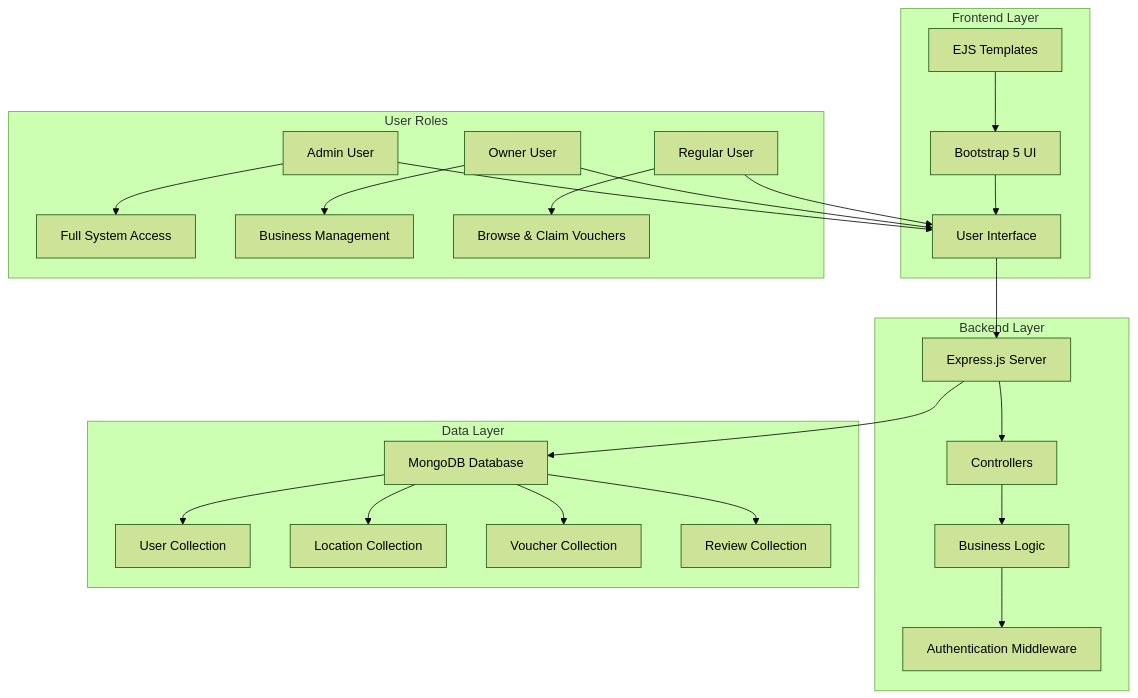
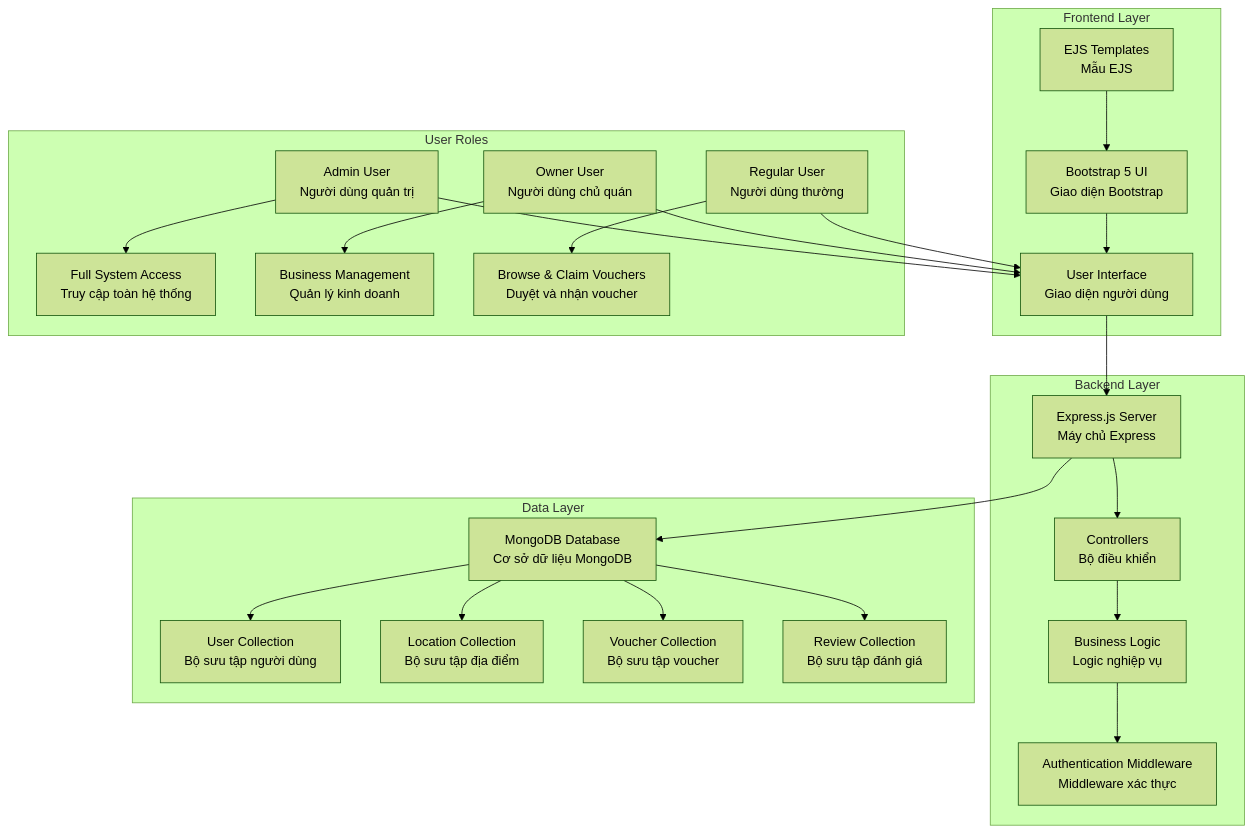
One commit to tamnguyen0K/voucher-management-system changed the first of 8 diagrams in docs/system-architecture.md. Above: the diagram before and after it, drawn with Mermaid (forest theme). The commit also changed 3 other files, not shown here.

Commit message:
Add powerful CSS override system to easily customize Bootstrap components

````diff
--- a/docs/system-architecture.md
+++ b/docs/system-architecture.md
@@ -5,32 +5,32 @@
 ```mermaid
 graph TB
     subgraph "Frontend Layer"
-        A["EJS Templates"] --> B["Bootstrap 5 UI"]
-        B --> C["User Interface"]
+        A["EJS Templates<br/>Mẫu EJS"] --> B["Bootstrap 5 UI<br/>Giao diện Bootstrap"]
+        B --> C["User Interface<br/>Giao diện người dùng"]
     end
     
     subgraph "Backend Layer"
-        D["Express.js Server"] --> E["Controllers"]
-        E --> F["Business Logic"]
-        F --> G["Authentication Middleware"]
+        D["Express.js Server<br/>Máy chủ Express"] --> E["Controllers<br/>Bộ điều khiển"]
+        E --> F["Business Logic<br/>Logic nghiệp vụ"]
+        F --> G["Authentication Middleware<br/>Middleware xác thực"]
     end
     
     subgraph "Data Layer"
-        H["MongoDB Database"] --> I["User Collection"]
-        H --> J["Location Collection"]
-        H --> K["Voucher Collection"]
-        H --> L["Review Collection"]
+        H["MongoDB Database<br/>Cơ sở dữ liệu MongoDB"] --> I["User Collection<br/>Bộ sưu tập người dùng"]
+        H --> J["Location Collection<br/>Bộ sưu tập địa điểm"]
+        H --> K["Voucher Collection<br/>Bộ sưu tập voucher"]
+        H --> L["Review Collection<br/>Bộ sưu tập đánh giá"]
     end
     
     subgraph "User Roles"
-        M["Admin User"] --> N["Full System Access"]
-        O["Owner User"] --> P["Business Management"]
-        Q["Regular User"] --> R["Browse & Claim Vouchers"]
+        M["Admin User<br/>Người dùng quản trị"] --> N["Full System Access<br/>Truy cập toàn hệ thống"]
+        O["Owner User<br/>Người dùng chủ quán"] --> P["Business Management<br/>Quản lý kinh doanh"]
+        Q["Regular User<br/>Người dùng thường"] --> R["Browse & Claim Vouchers<br/>Duyệt và nhận voucher"]
     end
     
     C --> D
     D --> H
     M --> C
     O --> C
     Q --> C
 ```
````
